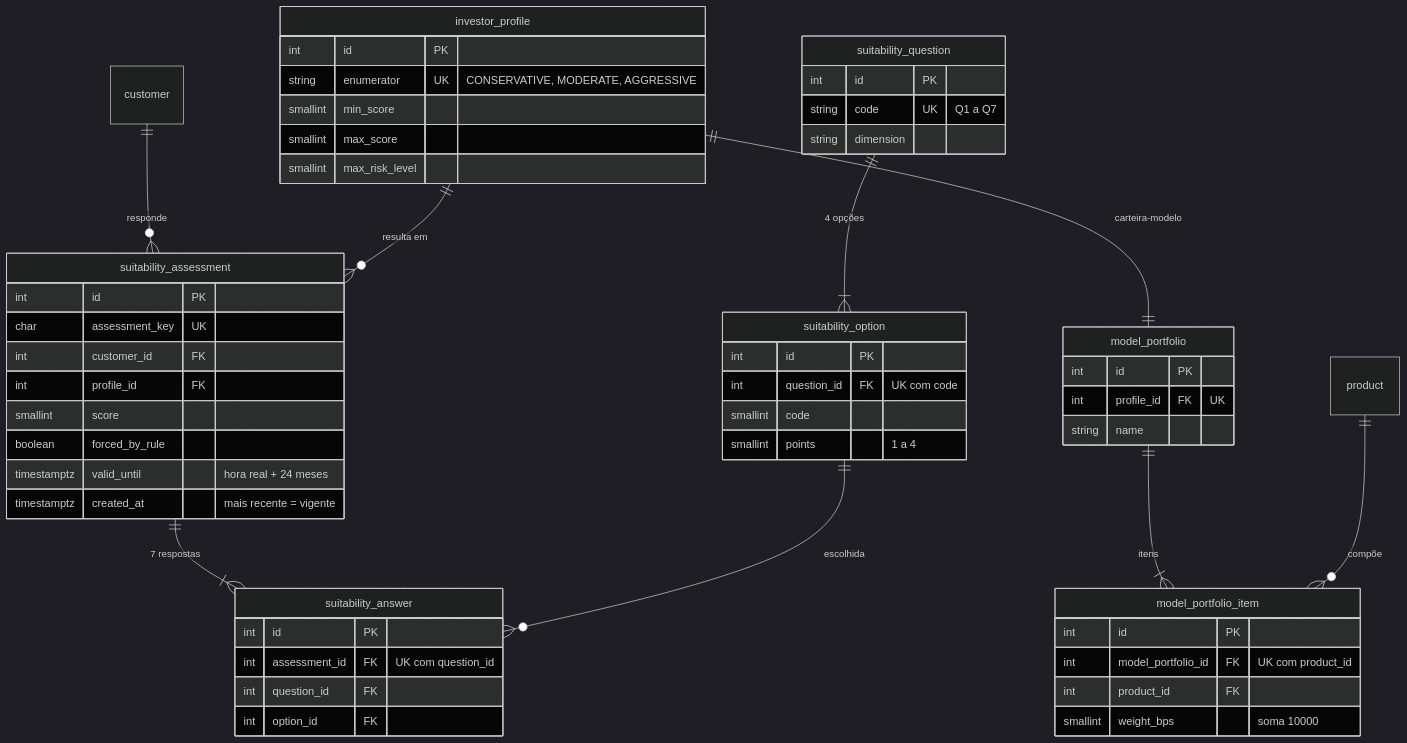
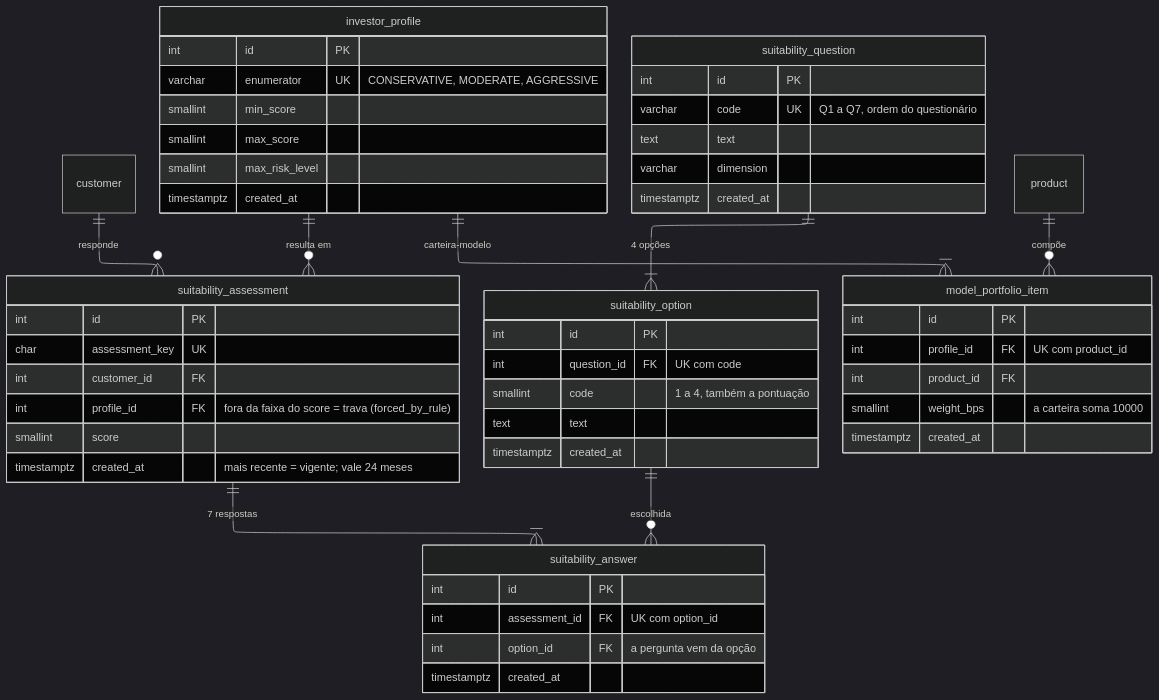
Before and after one commit to heluylucas/bootcamp-qi-tech-presidas-: the diagram in docs/diagramas/er-perfil-e-carteira.mmd, drawn with Mermaid (dark theme). The commit also changed 15 other files, not shown here.

Commit message:
:hammer: update: er-&-flow-diagrams

```diff
--- a/docs/diagramas/er-perfil-e-carteira.mmd
+++ b/docs/diagramas/er-perfil-e-carteira.mmd
@@ -1,55 +1,59 @@
+---
+config:
+  layout: elk
+  elk:
+    mergeEdges: false
+    nodePlacementStrategy: NETWORK_SIMPLEX
+---
 erDiagram
     customer ||--o{ suitability_assessment : "responde"
     investor_profile ||--o{ suitability_assessment : "resulta em"
     suitability_assessment ||--|{ suitability_answer : "7 respostas"
     suitability_question ||--|{ suitability_option : "4 opções"
     suitability_option ||--o{ suitability_answer : "escolhida"
-    investor_profile ||--|| model_portfolio : "carteira-modelo"
-    model_portfolio ||--|{ model_portfolio_item : "itens"
+    investor_profile ||--|{ model_portfolio_item : "carteira-modelo"
     product ||--o{ model_portfolio_item : "compõe"
 
     suitability_question {
         int id PK
-        string code UK "Q1 a Q7"
-        string dimension
+        varchar code UK "Q1 a Q7, ordem do questionário"
+        text text
+        varchar dimension
+        timestamptz created_at
     }
     suitability_option {
         int id PK
         int question_id FK "UK com code"
-        smallint code
-        smallint points "1 a 4"
+        smallint code "1 a 4, também a pontuação"
+        text text
+        timestamptz created_at
     }
     investor_profile {
         int id PK
-        string enumerator UK "CONSERVATIVE, MODERATE, AGGRESSIVE"
+        varchar enumerator UK "CONSERVATIVE, MODERATE, AGGRESSIVE"
         smallint min_score
         smallint max_score
         smallint max_risk_level
+        timestamptz created_at
     }
     suitability_assessment {
         int id PK
         char assessment_key UK
         int customer_id FK
-        int profile_id FK
+        int profile_id FK "fora da faixa do score = trava (forced_by_rule)"
         smallint score
-        boolean forced_by_rule
-        timestamptz valid_until "hora real + 24 meses"
-        timestamptz created_at "mais recente = vigente"
+        timestamptz created_at "mais recente = vigente; vale 24 meses"
     }
     suitability_answer {
         int id PK
-        int assessment_id FK "UK com question_id"
-        int question_id FK
-        int option_id FK
-    }
-    model_portfolio {
-        int id PK
-        int profile_id FK "UK"
-        string name
+        int assessment_id FK "UK com option_id"
+        int option_id FK "a pergunta vem da opção"
+        timestamptz created_at
     }
     model_portfolio_item {
         int id PK
-        int model_portfolio_id FK "UK com product_id"
+        int profile_id FK "UK com product_id"
         int product_id FK
-        smallint weight_bps "soma 10000"
+        smallint weight_bps "a carteira soma 10000"
+        timestamptz created_at
     }
```
